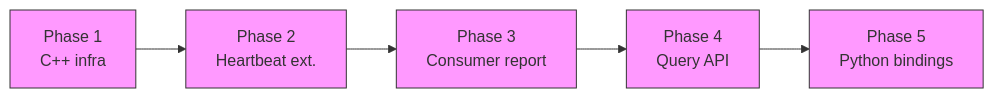
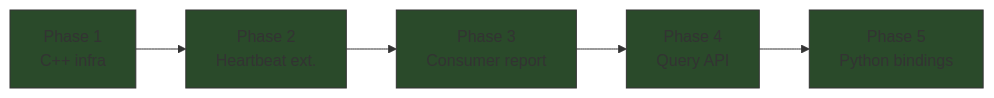
The third of 3 diagrams in cpp/docs/HEP/HEP-CORE-0019-Metrics-Plane.md (Qing-LAB/pylabhub), drawn with Mermaid before and after one commit. The commit also changed other lines of this file and 7 other files, not shown here.

````diff
--- a/cpp/docs/HEP/HEP-CORE-0019-Metrics-Plane.md
+++ b/cpp/docs/HEP/HEP-CORE-0019-Metrics-Plane.md
@@ -405,13 +405,13 @@
 ```mermaid
 graph LR
     P1["Phase 1<br/>C++ infra"] --> P2["Phase 2<br/>Heartbeat ext."]
     P2 --> P3["Phase 3<br/>Consumer report"]
     P3 --> P4["Phase 4<br/>Query API"]
     P4 --> P5["Phase 5<br/>Python bindings"]
 
-    style P1 fill:#f9f,stroke:#333
-    style P2 fill:#f9f,stroke:#333
-    style P3 fill:#f9f,stroke:#333
-    style P4 fill:#f9f,stroke:#333
-    style P5 fill:#f9f,stroke:#333
+    style P1 fill:#2a4a2a,stroke:#333
+    style P2 fill:#2a4a2a,stroke:#333
+    style P3 fill:#2a4a2a,stroke:#333
+    style P4 fill:#2a4a2a,stroke:#333
+    style P5 fill:#2a4a2a,stroke:#333
 ```
````
